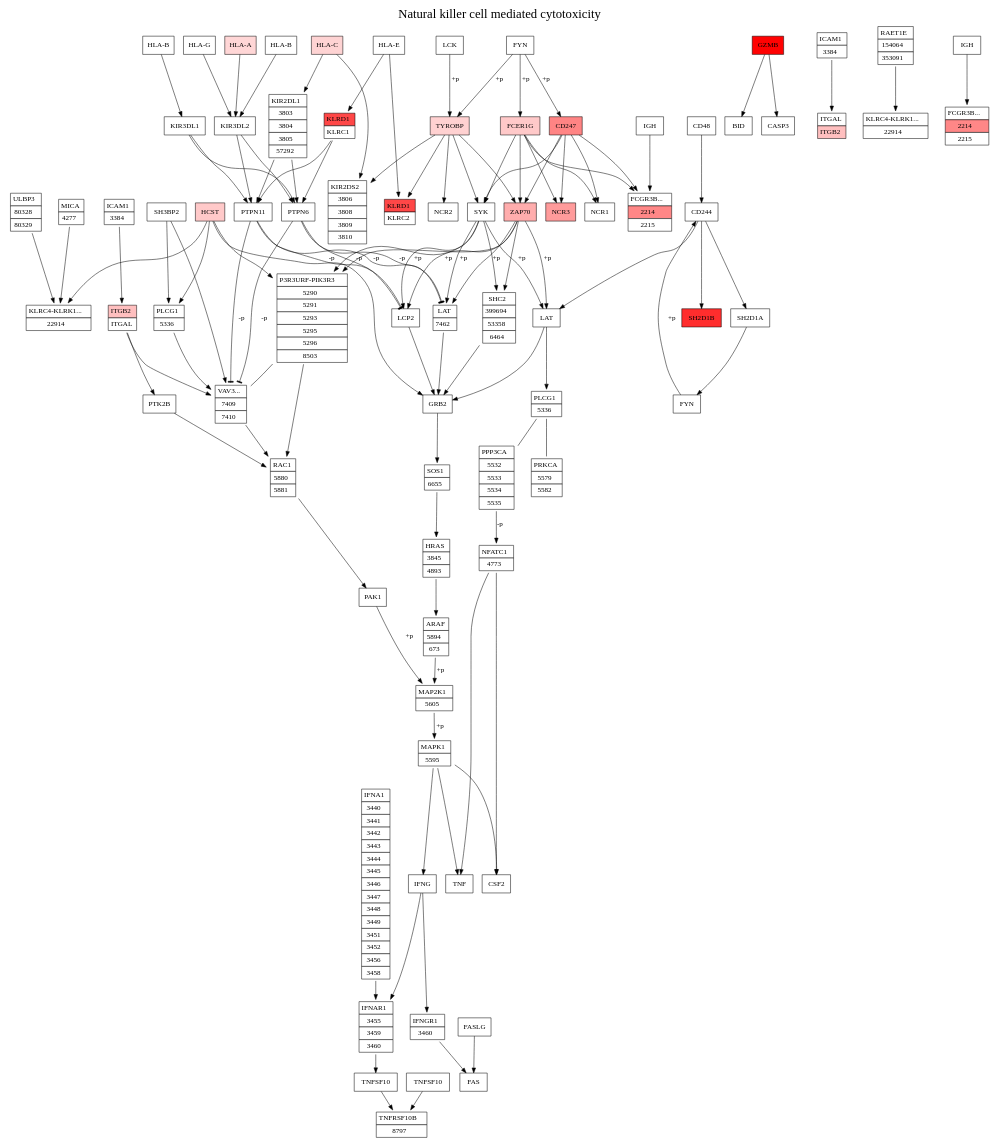
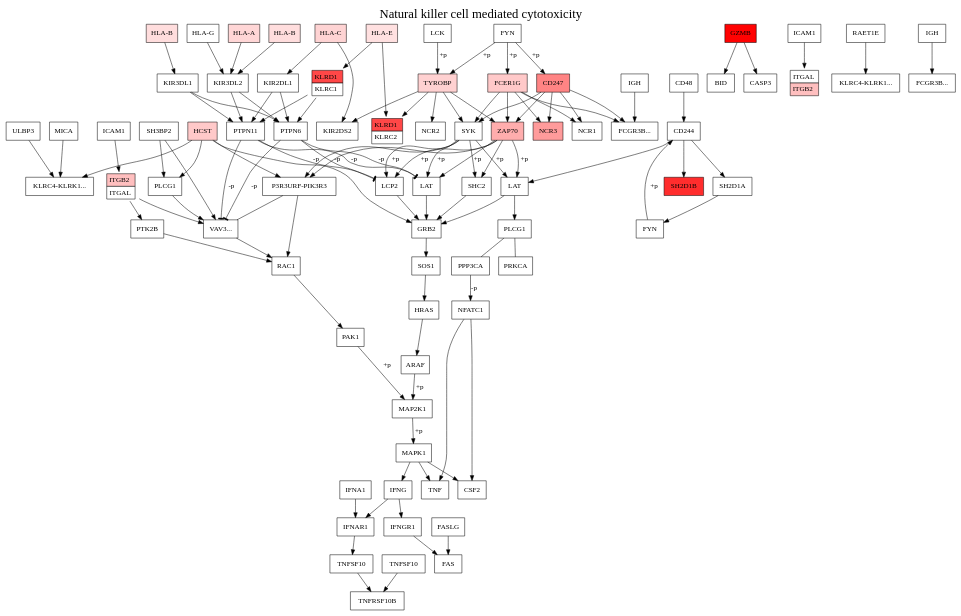
One commit to harryhaller001/keggtools changed the diagram in docs/source/figures/figure5.dot. Above: the diagram before and after it, drawn with Graphviz. The commit also changed 9 other files, not shown here.

```diff
--- a/docs/source/figures/figure5.dot
+++ b/docs/source/figures/figure5.dot
@@ -6,21 +6,21 @@
 rankdir=TB;
 splines=normal;
 arrowhead=normal;
-24 [label=<<table border="0" cellborder="1" cellspacing="0" cellpadding="4"><tr><td bgcolor="#ffffff">NFATC1</td></tr><tr><td bgcolor="#ffffff">4773</td></tr></table>>, shape=plaintext, style=filled, color="#000000", fillcolor="#ffffff"];
-25 [label=<<table border="0" cellborder="1" cellspacing="0" cellpadding="4"><tr><td bgcolor="#ffffff">PPP3CA</td></tr><tr><td bgcolor="#ffffff">5532</td></tr><tr><td bgcolor="#ffffff">5533</td></tr><tr><td bgcolor="#ffffff">5534</td></tr><tr><td bgcolor="#ffffff">5535</td></tr></table>>, shape=plaintext, style=filled, color="#000000", fillcolor="#ffffff"];
+24 [label=NFATC1, shape=rectangle, style=filled, color="#000000", fillcolor="#ffffff"];
+25 [label=PPP3CA, shape=rectangle, style=filled, color="#000000", fillcolor="#ffffff"];
 28 [label=FYN, shape=rectangle, style=filled, color="#000000", fillcolor="#ffffff"];
 29 [label=TNFSF10, shape=rectangle, style=filled, color="#000000", fillcolor="#ffffff"];
-30 [label=<<table border="0" cellborder="1" cellspacing="0" cellpadding="4"><tr><td bgcolor="#ffffff">IFNGR1</td></tr><tr><td bgcolor="#ffffff">3460</td></tr></table>>, shape=plaintext, style=filled, color="#000000", fillcolor="#ffffff"];
-31 [label=<<table border="0" cellborder="1" cellspacing="0" cellpadding="4"><tr><td bgcolor="#ffffff">PLCG1</td></tr><tr><td bgcolor="#ffffff">5336</td></tr></table>>, shape=plaintext, style=filled, color="#000000", fillcolor="#ffffff"];
+30 [label=IFNGR1, shape=rectangle, style=filled, color="#000000", fillcolor="#ffffff"];
+31 [label=PLCG1, shape=rectangle, style=filled, color="#000000", fillcolor="#ffffff"];
 32 [label=LAT, shape=rectangle, style=filled, color="#000000", fillcolor="#ffffff"];
-34 [label="HLA-E", shape=rectangle, style=filled, color="#000000", fillcolor="#ffffff"];
+34 [label="HLA-E", shape=rectangle, style=filled, color="#000000", fillcolor="#ffe0e0"];
 35 [label=IFNG, shape=rectangle, style=filled, color="#000000", fillcolor="#ffffff"];
 36 [label=CSF2, shape=rectangle, style=filled, color="#000000", fillcolor="#ffffff"];
 37 [label=TNF, shape=rectangle, style=filled, color="#000000", fillcolor="#ffffff"];
-38 [label=<<table border="0" cellborder="1" cellspacing="0" cellpadding="4"><tr><td bgcolor="#ffffff">PRKCA</td></tr><tr><td bgcolor="#ffffff">5579</td></tr><tr><td bgcolor="#ffffff">5582</td></tr></table>>, shape=plaintext, style=filled, color="#000000", fillcolor="#ffffff"];
+38 [label=PRKCA, shape=rectangle, style=filled, color="#000000", fillcolor="#ffffff"];
 39 [label=SH3BP2, shape=rectangle, style=filled, color="#000000", fillcolor="#ffffff"];
-40 [label=<<table border="0" cellborder="1" cellspacing="0" cellpadding="4"><tr><td bgcolor="#ffffff">PLCG1</td></tr><tr><td bgcolor="#ffffff">5336</td></tr></table>>, shape=plaintext, style=filled, color="#000000", fillcolor="#ffffff"];
-41 [label=<<table border="0" cellborder="1" cellspacing="0" cellpadding="4"><tr><td bgcolor="#ffffff">LAT</td></tr><tr><td bgcolor="#ffffff">7462</td></tr></table>>, shape=plaintext, style=filled, color="#000000", fillcolor="#ffffff"];
+40 [label=PLCG1, shape=rectangle, style=filled, color="#000000", fillcolor="#ffffff"];
+41 [label=LAT, shape=rectangle, style=filled, color="#000000", fillcolor="#ffffff"];
 42 [label=PTK2B, shape=rectangle, style=filled, color="#000000", fillcolor="#ffffff"];
 43 [label=LCP2, shape=rectangle, style=filled, color="#000000", fillcolor="#ffffff"];
 44 [label=SYK, shape=rectangle, style=filled, color="#000000", fillcolor="#ffffff"];
@@ -35,49 +35,49 @@
 53 [label=TYROBP, shape=rectangle, style=filled, color="#000000", fillcolor="#ffd1d1"];
 54 [label=PTPN11, shape=rectangle, style=filled, color="#000000", fillcolor="#ffffff"];
 55 [label=PTPN6, shape=rectangle, style=filled, color="#000000", fillcolor="#ffffff"];
-56 [label=<<table border="0" cellborder="1" cellspacing="0" cellpadding="4"><tr><td bgcolor="#ffffff">IFNA1</td></tr><tr><td bgcolor="#ffffff">3440</td></tr><tr><td bgcolor="#ffffff">3441</td></tr><tr><td bgcolor="#ffffff">3442</td></tr><tr><td bgcolor="#ffffff">3443</td></tr><tr><td bgcolor="#ffffff">3444</td></tr><tr><td bgcolor="#ffffff">3445</td></tr><tr><td bgcolor="#ffffff">3446</td></tr><tr><td bgcolor="#ffffff">3447</td></tr><tr><td bgcolor="#ffffff">3448</td></tr><tr><td bgcolor="#ffffff">3449</td></tr><tr><td bgcolor="#ffffff">3451</td></tr><tr><td bgcolor="#ffffff">3452</td></tr><tr><td bgcolor="#ffffff">3456</td></tr><tr><td bgcolor="#ffffff">3458</td></tr></table>>, shape=plaintext, style=filled, color="#000000", fillcolor="#ffffff"];
+56 [label=IFNA1, shape=rectangle, style=filled, color="#000000", fillcolor="#ffffff"];
 57 [label=BID, shape=rectangle, style=filled, color="#000000", fillcolor="#ffffff"];
 58 [label=CASP3, shape=rectangle, style=filled, color="#000000", fillcolor="#ffffff"];
 59 [label=GZMB, shape=rectangle, style=filled, color="#000000", fillcolor="#ff0202"];
 61 [label=FAS, shape=rectangle, style=filled, color="#000000", fillcolor="#ffffff"];
-62 [label=<<table border="0" cellborder="1" cellspacing="0" cellpadding="4"><tr><td bgcolor="#ffffff">TNFRSF10B</td></tr><tr><td bgcolor="#ffffff">8797</td></tr></table>>, shape=plaintext, style=filled, color="#000000", fillcolor="#ffffff"];
+62 [label=TNFRSF10B, shape=rectangle, style=filled, color="#000000", fillcolor="#ffffff"];
 63 [label=CD48, shape=rectangle, style=filled, color="#000000", fillcolor="#ffffff"];
-64 [label=<<table border="0" cellborder="1" cellspacing="0" cellpadding="4"><tr><td bgcolor="#ffffff">ULBP3</td></tr><tr><td bgcolor="#ffffff">80328</td></tr><tr><td bgcolor="#ffffff">80329</td></tr></table>>, shape=plaintext, style=filled, color="#000000", fillcolor="#ffffff"];
-66 [label=<<table border="0" cellborder="1" cellspacing="0" cellpadding="4"><tr><td bgcolor="#ffffff">MICA</td></tr><tr><td bgcolor="#ffffff">4277</td></tr></table>>, shape=plaintext, style=filled, color="#000000", fillcolor="#ffffff"];
-67 [label=<<table border="0" cellborder="1" cellspacing="0" cellpadding="4"><tr><td bgcolor="#ffffff">ICAM1</td></tr><tr><td bgcolor="#ffffff">3384</td></tr></table>>, shape=plaintext, style=filled, color="#000000", fillcolor="#ffffff"];
+64 [label=ULBP3, shape=rectangle, style=filled, color="#000000", fillcolor="#ffffff"];
+66 [label=MICA, shape=rectangle, style=filled, color="#000000", fillcolor="#ffffff"];
+67 [label=ICAM1, shape=rectangle, style=filled, color="#000000", fillcolor="#ffffff"];
 68 [label="HLA-C", shape=rectangle, style=filled, color="#000000", fillcolor="#fed3d3"];
-71 [label="HLA-B", shape=rectangle, style=filled, color="#000000", fillcolor="#ffffff"];
+71 [label="HLA-B", shape=rectangle, style=filled, color="#000000", fillcolor="#ffdddd"];
 72 [label="HLA-G", shape=rectangle, style=filled, color="#000000", fillcolor="#ffffff"];
 73 [label="HLA-A", shape=rectangle, style=filled, color="#000000", fillcolor="#ffd6d6"];
-75 [label=<<table border="0" cellborder="1" cellspacing="0" cellpadding="4"><tr><td bgcolor="#ffffff">P3R3URF-PIK3R3</td></tr><tr><td bgcolor="#ffffff">5290</td></tr><tr><td bgcolor="#ffffff">5291</td></tr><tr><td bgcolor="#ffffff">5293</td></tr><tr><td bgcolor="#ffffff">5295</td></tr><tr><td bgcolor="#ffffff">5296</td></tr><tr><td bgcolor="#ffffff">8503</td></tr></table>>, shape=plaintext, style=filled, color="#000000", fillcolor="#ffffff"];
-76 [label="HLA-B", shape=rectangle, style=filled, color="#000000", fillcolor="#ffffff"];
-77 [label=<<table border="0" cellborder="1" cellspacing="0" cellpadding="4"><tr><td bgcolor="#ffffff">MAPK1</td></tr><tr><td bgcolor="#ffffff">5595</td></tr></table>>, shape=plaintext, style=filled, color="#000000", fillcolor="#ffffff"];
-78 [label=<<table border="0" cellborder="1" cellspacing="0" cellpadding="4"><tr><td bgcolor="#ffffff">MAP2K1</td></tr><tr><td bgcolor="#ffffff">5605</td></tr></table>>, shape=plaintext, style=filled, color="#000000", fillcolor="#ffffff"];
-79 [label=<<table border="0" cellborder="1" cellspacing="0" cellpadding="4"><tr><td bgcolor="#ffffff">ARAF</td></tr><tr><td bgcolor="#ffffff">5894</td></tr><tr><td bgcolor="#ffffff">673</td></tr></table>>, shape=plaintext, style=filled, color="#000000", fillcolor="#ffffff"];
-80 [label=<<table border="0" cellborder="1" cellspacing="0" cellpadding="4"><tr><td bgcolor="#ffffff">HRAS</td></tr><tr><td bgcolor="#ffffff">3845</td></tr><tr><td bgcolor="#ffffff">4893</td></tr></table>>, shape=plaintext, style=filled, color="#000000", fillcolor="#ffffff"];
-81 [label=<<table border="0" cellborder="1" cellspacing="0" cellpadding="4"><tr><td bgcolor="#ffffff">SOS1</td></tr><tr><td bgcolor="#ffffff">6655</td></tr></table>>, shape=plaintext, style=filled, color="#000000", fillcolor="#ffffff"];
+75 [label="P3R3URF-PIK3R3", shape=rectangle, style=filled, color="#000000", fillcolor="#ffffff"];
+76 [label="HLA-B", shape=rectangle, style=filled, color="#000000", fillcolor="#ffdddd"];
+77 [label=MAPK1, shape=rectangle, style=filled, color="#000000", fillcolor="#ffffff"];
+78 [label=MAP2K1, shape=rectangle, style=filled, color="#000000", fillcolor="#ffffff"];
+79 [label=ARAF, shape=rectangle, style=filled, color="#000000", fillcolor="#ffffff"];
+80 [label=HRAS, shape=rectangle, style=filled, color="#000000", fillcolor="#ffffff"];
+81 [label=SOS1, shape=rectangle, style=filled, color="#000000", fillcolor="#ffffff"];
 82 [label=GRB2, shape=rectangle, style=filled, color="#000000", fillcolor="#ffffff"];
-83 [label=<<table border="0" cellborder="1" cellspacing="0" cellpadding="4"><tr><td bgcolor="#ffffff">SHC2</td></tr><tr><td bgcolor="#ffffff">399694</td></tr><tr><td bgcolor="#ffffff">53358</td></tr><tr><td bgcolor="#ffffff">6464</td></tr></table>>, shape=plaintext, style=filled, color="#000000", fillcolor="#ffffff"];
+83 [label=SHC2, shape=rectangle, style=filled, color="#000000", fillcolor="#ffffff"];
 84 [label=PAK1, shape=rectangle, style=filled, color="#000000", fillcolor="#ffffff"];
-85 [label=<<table border="0" cellborder="1" cellspacing="0" cellpadding="4"><tr><td bgcolor="#ffffff">RAC1</td></tr><tr><td bgcolor="#ffffff">5880</td></tr><tr><td bgcolor="#ffffff">5881</td></tr></table>>, shape=plaintext, style=filled, color="#000000", fillcolor="#ffffff"];
-86 [label=<<table border="0" cellborder="1" cellspacing="0" cellpadding="4"><tr><td bgcolor="#ffffff">VAV3...</td></tr><tr><td bgcolor="#ffffff">7409</td></tr><tr><td bgcolor="#ffffff">7410</td></tr></table>>, shape=plaintext, style=filled, color="#000000", fillcolor="#ffffff"];
+85 [label=RAC1, shape=rectangle, style=filled, color="#000000", fillcolor="#ffffff"];
+86 [label="VAV3...", shape=rectangle, style=filled, color="#000000", fillcolor="#ffffff"];
 212 [label=FASLG, shape=rectangle, style=filled, color="#000000", fillcolor="#ffffff"];
 213 [label=TNFSF10, shape=rectangle, style=filled, color="#000000", fillcolor="#ffffff"];
-214 [label=<<table border="0" cellborder="1" cellspacing="0" cellpadding="4"><tr><td bgcolor="#ffffff">IFNAR1</td></tr><tr><td bgcolor="#ffffff">3455</td></tr><tr><td bgcolor="#ffffff">3459</td></tr><tr><td bgcolor="#ffffff">3460</td></tr></table>>, shape=plaintext, style=filled, color="#000000", fillcolor="#ffffff"];
+214 [label=IFNAR1, shape=rectangle, style=filled, color="#000000", fillcolor="#ffffff"];
 215 [label=CD244, shape=rectangle, style=filled, color="#000000", fillcolor="#ffffff"];
-216 [label=<<table border="0" cellborder="1" cellspacing="0" cellpadding="4"><tr><td bgcolor="#ffffff">KLRC4-KLRK1...</td></tr><tr><td bgcolor="#ffffff">22914</td></tr></table>>, shape=plaintext, style=filled, color="#000000", fillcolor="#ffffff"];
+216 [label="KLRC4-KLRK1...", shape=rectangle, style=filled, color="#000000", fillcolor="#ffffff"];
 217 [label=NCR3, shape=rectangle, style=filled, color="#000000", fillcolor="#ff9b9b"];
 218 [label=NCR1, shape=rectangle, style=filled, color="#000000", fillcolor="#ffffff"];
-219 [label=<<table border="0" cellborder="1" cellspacing="0" cellpadding="4"><tr><td bgcolor="#ffffff">FCGR3B...</td></tr><tr><td bgcolor="#ff8787">2214</td></tr><tr><td bgcolor="#ffffff">2215</td></tr></table>>, shape=plaintext, style=filled, color="#000000", fillcolor="#ffffff"];
+219 [label="FCGR3B...", shape=rectangle, style=filled, color="#000000", fillcolor="#ffffff"];
 220 [label=NCR2, shape=rectangle, style=filled, color="#000000", fillcolor="#ffffff"];
-222 [label=<<table border="0" cellborder="1" cellspacing="0" cellpadding="4"><tr><td bgcolor="#ffffff">KIR2DS2</td></tr><tr><td bgcolor="#ffffff">3806</td></tr><tr><td bgcolor="#ffffff">3808</td></tr><tr><td bgcolor="#ffffff">3809</td></tr><tr><td bgcolor="#ffffff">3810</td></tr></table>>, shape=plaintext, style=filled, color="#000000", fillcolor="#ffffff"];
-227 [label=<<table border="0" cellborder="1" cellspacing="0" cellpadding="4"><tr><td bgcolor="#ffffff">KIR2DL1</td></tr><tr><td bgcolor="#ffffff">3803</td></tr><tr><td bgcolor="#ffffff">3804</td></tr><tr><td bgcolor="#ffffff">3805</td></tr><tr><td bgcolor="#ffffff">57292</td></tr></table>>, shape=plaintext, style=filled, color="#000000", fillcolor="#ffffff"];
+222 [label=KIR2DS2, shape=rectangle, style=filled, color="#000000", fillcolor="#ffffff"];
+227 [label=KIR2DL1, shape=rectangle, style=filled, color="#000000", fillcolor="#ffffff"];
 228 [label=KIR3DL2, shape=rectangle, style=filled, color="#000000", fillcolor="#ffffff"];
 229 [label=KIR3DL1, shape=rectangle, style=filled, color="#000000", fillcolor="#ffffff"];
-254 [label=<<table border="0" cellborder="1" cellspacing="0" cellpadding="4"><tr><td bgcolor="#ffffff">ICAM1</td></tr><tr><td bgcolor="#ffffff">3384</td></tr></table>>, shape=plaintext, style=filled, color="#000000", fillcolor="#ffffff"];
-257 [label=<<table border="0" cellborder="1" cellspacing="0" cellpadding="4"><tr><td bgcolor="#ffffff">RAET1E</td></tr><tr><td bgcolor="#ffffff">154064</td></tr><tr><td bgcolor="#ffffff">353091</td></tr></table>>, shape=plaintext, style=filled, color="#000000", fillcolor="#ffffff"];
-271 [label=<<table border="0" cellborder="1" cellspacing="0" cellpadding="4"><tr><td bgcolor="#ffffff">FCGR3B...</td></tr><tr><td bgcolor="#ff8787">2214</td></tr><tr><td bgcolor="#ffffff">2215</td></tr></table>>, shape=plaintext, style=filled, color="#000000", fillcolor="#ffffff"];
-274 [label=<<table border="0" cellborder="1" cellspacing="0" cellpadding="4"><tr><td bgcolor="#ffffff">KLRC4-KLRK1...</td></tr><tr><td bgcolor="#ffffff">22914</td></tr></table>>, shape=plaintext, style=filled, color="#000000", fillcolor="#ffffff"];
+254 [label=ICAM1, shape=rectangle, style=filled, color="#000000", fillcolor="#ffffff"];
+257 [label=RAET1E, shape=rectangle, style=filled, color="#000000", fillcolor="#ffffff"];
+271 [label="FCGR3B...", shape=rectangle, style=filled, color="#000000", fillcolor="#ffffff"];
+274 [label="KLRC4-KLRK1...", shape=rectangle, style=filled, color="#000000", fillcolor="#ffffff"];
 279 [label=IGH, shape=rectangle, style=filled, color="#000000", fillcolor="#ffffff"];
 280 [label=<<table border="0" cellborder="1" cellspacing="0" cellpadding="4"><tr><td bgcolor="#ff4747">KLRD1</td></tr><tr><td bgcolor="#ffffff">KLRC1</td></tr></table>>, shape=plaintext, style=filled, color="#000000", fillcolor="#ffffff"];
 281 [label=<<table border="0" cellborder="1" cellspacing="0" cellpadding="4"><tr><td bgcolor="#ff4747">KLRD1</td></tr><tr><td bgcolor="#ffffff">KLRC2</td></tr></table>>, shape=plaintext, style=filled, color="#000000", fillcolor="#ffffff"];
```
